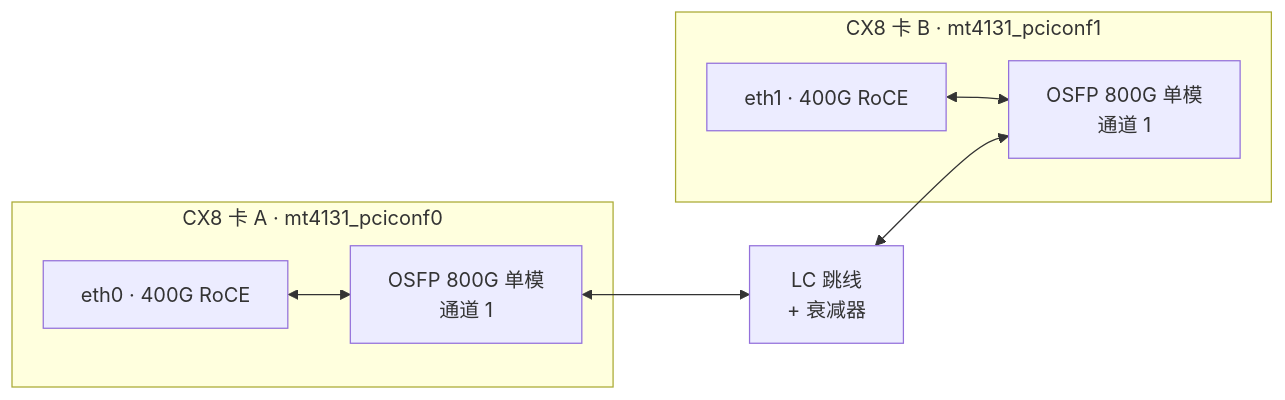
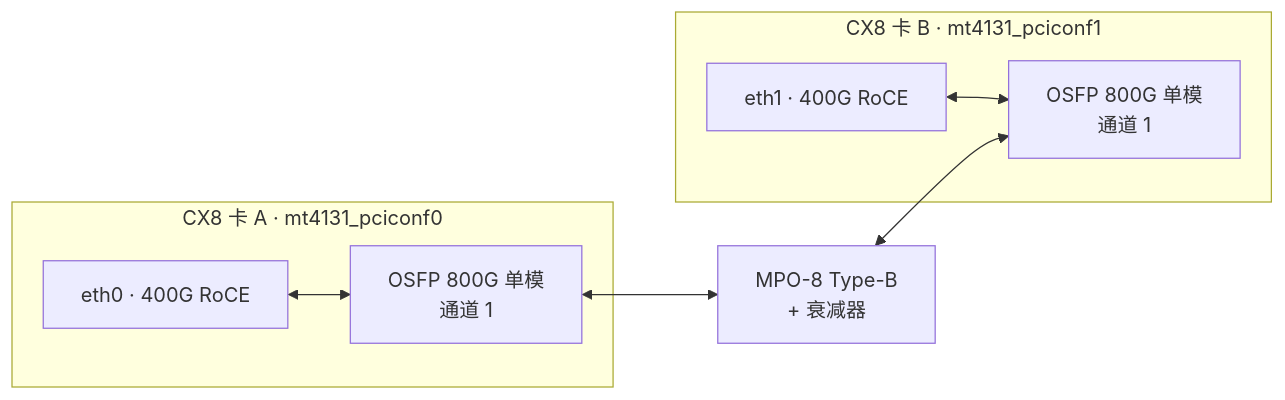
The second of 3 diagrams in docs/cx8-loopback.md (mengxidong-manager/nvidia), drawn with Mermaid before and after one commit. The commit also changed other lines of this file, not shown here.

Commit message:
更正：光模块接口为 MPO-8 APC 而非双工 LC，补充 Type-B 极性要求

````diff
--- a/docs/cx8-loopback.md
+++ b/docs/cx8-loopback.md
@@ -67,15 +68,15 @@
 ```mermaid
 graph LR
   subgraph A["CX8 卡 A · mt4131_pciconf0"]
     e0["eth0 · 400G RoCE"]
     m0["OSFP 800G 单模<br/>通道 1"]
     e0 <--> m0
   end
   subgraph B["CX8 卡 B · mt4131_pciconf1"]
     e1["eth1 · 400G RoCE"]
     m1["OSFP 800G 单模<br/>通道 1"]
     e1 <--> m1
   end
-  m0 <--> J["LC 跳线<br/>+ 衰减器"]
+  m0 <--> J["MPO-8 Type-B<br/>+ 衰减器"]
   J <--> m1
 ```
````
